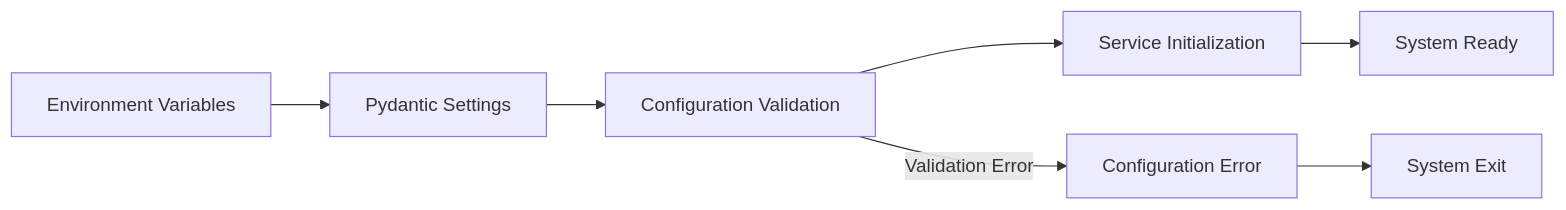
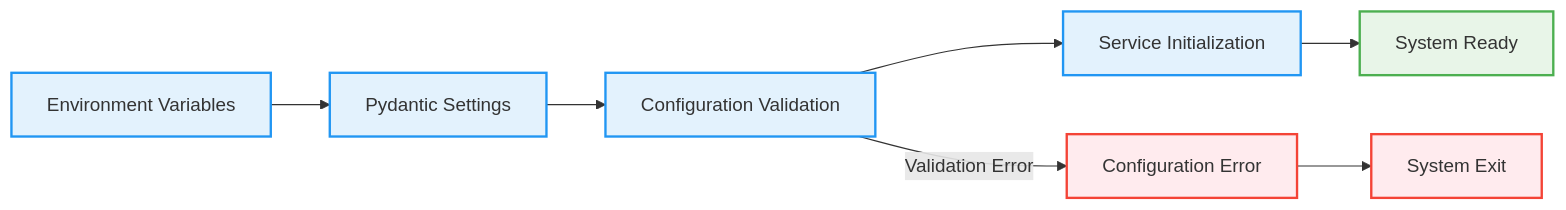
Before and after one commit to renz-adarayan/ingenious: the third of 8 diagrams in docs/architecture.md, drawn with Mermaid. The commit also changed other lines of this file and 8 other files, not shown here.

````diff
--- a/docs/architecture.md
+++ b/docs/architecture.md
@@ -203,10 +192,18 @@
 ```mermaid
-graph LR
-    ENV[Environment Variables] --> PYDANTIC[Pydantic Settings]
-    PYDANTIC --> VALIDATION[Configuration Validation]
-    VALIDATION --> SERVICES[Service Initialization]
-    SERVICES --> READY[System Ready]
+flowchart LR
+    ENV["Environment Variables"] --> PYDANTIC["Pydantic Settings"]
+    PYDANTIC --> VALIDATION["Configuration Validation"]
+    VALIDATION --> SERVICES["Service Initialization"]
+    SERVICES --> READY["System Ready"]
 
-    VALIDATION -->|Validation Error| ERROR[Configuration Error]
-    ERROR --> EXIT[System Exit]
+    VALIDATION -->|"Validation Error"| ERROR["Configuration Error"]
+    ERROR --> EXIT["System Exit"]
+
+    classDef success fill:#e8f5e8,stroke:#4caf50,stroke-width:2px
+    classDef error fill:#ffebee,stroke:#f44336,stroke-width:2px
+    classDef process fill:#e3f2fd,stroke:#2196f3,stroke-width:2px
+
+    class ENV,PYDANTIC,VALIDATION,SERVICES process
+    class READY success
+    class ERROR,EXIT error
 ```
````
